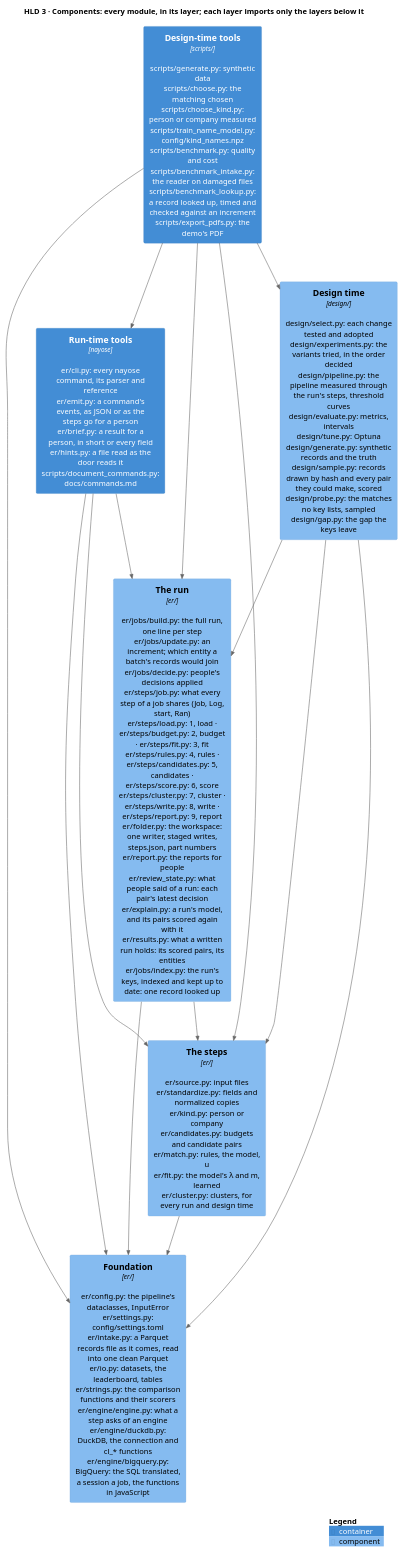
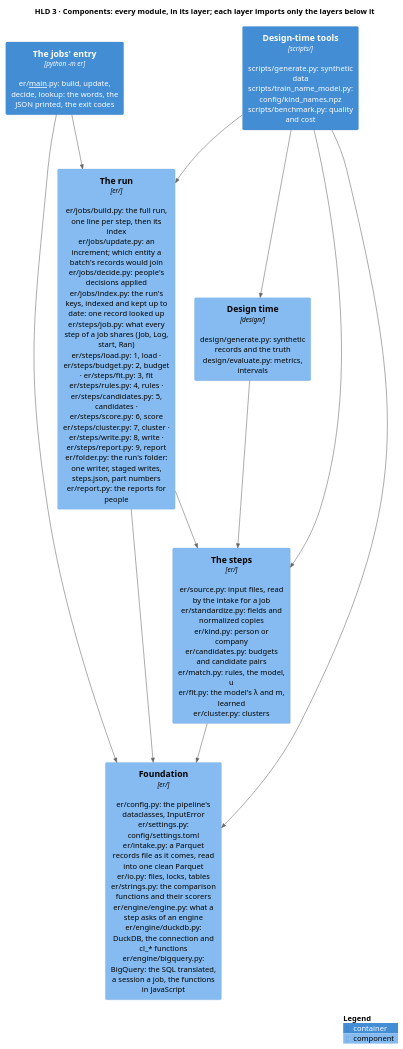
The diagram in docs/diagrams/components.puml (mvsbm/entity_matching), drawn with PlantUML before and after one commit. The commit also changed 122 other files, not shown here.

```diff
--- a/docs/diagrams/components.puml
+++ b/docs/diagrams/components.puml
@@ -1,31 +1,27 @@
 @startuml components
 !include <C4/C4_Component>
 LAYOUT_TOP_DOWN()
 HIDE_STEREOTYPE()
 title HLD 3 · Components: every module, in its layer; each layer imports only the layers below it
 
-Container(tools_run, "Run-time tools", "nayose", "er/cli.py: every nayose command, its parser and reference\ner/emit.py: a command's events, as JSON or as the steps go for a person\ner/brief.py: a result for a person, in short or every field\ner/hints.py: a file read as the door reads it\nscripts/document_commands.py: docs/commands.md")
-Container(tools_design, "Design-time tools", "scripts/", "scripts/generate.py: synthetic data\nscripts/choose.py: the matching chosen\nscripts/choose_kind.py: person or company measured\nscripts/train_name_model.py: config/kind_names.npz\nscripts/benchmark.py: quality and cost\nscripts/benchmark_intake.py: the reader on damaged files\nscripts/benchmark_lookup.py: a record looked up, timed and checked against an increment\nscripts/export_pdfs.py: the demo's PDF")
+Container(tools_run, "The jobs' entry", "python -m er", "er/__main__.py: build, update, decide, lookup: the words, the JSON printed, the exit codes")
+Container(tools_design, "Design-time tools", "scripts/", "scripts/generate.py: synthetic data\nscripts/train_name_model.py: config/kind_names.npz\nscripts/benchmark.py: quality and cost")
 
-Component(run, "The run", "er/", "er/jobs/build.py: the full run, one line per step\ner/jobs/update.py: an increment; which entity a batch's records would join\ner/jobs/decide.py: people's decisions applied\ner/steps/job.py: what every step of a job shares (Job, Log, start, Ran)\ner/steps/load.py: 1, load · er/steps/budget.py: 2, budget · er/steps/fit.py: 3, fit\ner/steps/rules.py: 4, rules · er/steps/candidates.py: 5, candidates · er/steps/score.py: 6, score\ner/steps/cluster.py: 7, cluster · er/steps/write.py: 8, write · er/steps/report.py: 9, report\ner/folder.py: the workspace: one writer, staged writes, steps.json, part numbers\ner/report.py: the reports for people\ner/review_state.py: what people said of a run: each pair's latest decision\ner/explain.py: a run's model, and its pairs scored again with it\ner/results.py: what a written run holds: its scored pairs, its entities\ner/jobs/index.py: the run's keys, indexed and kept up to date: one record looked up")
-Component(design, "Design time", "design/", "design/select.py: each change tested and adopted\ndesign/experiments.py: the variants tried, in the order decided\ndesign/pipeline.py: the pipeline measured through the run's steps, threshold curves\ndesign/evaluate.py: metrics, intervals\ndesign/tune.py: Optuna\ndesign/generate.py: synthetic records and the truth\ndesign/sample.py: records drawn by hash and every pair they could make, scored\ndesign/probe.py: the matches no key lists, sampled\ndesign/gap.py: the gap the keys leave")
-Component(steps, "The steps", "er/", "er/source.py: input files\ner/standardize.py: fields and normalized copies\ner/kind.py: person or company\ner/candidates.py: budgets and candidate pairs\ner/match.py: rules, the model, u\ner/fit.py: the model's λ and m, learned\ner/cluster.py: clusters, for every run and design time")
-Component(configuration, "Foundation", "er/", "er/config.py: the pipeline's dataclasses, InputError\ner/settings.py: config/settings.toml\ner/intake.py: a Parquet records file as it comes, read into one clean Parquet\ner/io.py: datasets, the leaderboard, tables\ner/strings.py: the comparison functions and their scorers\ner/engine/engine.py: what a step asks of an engine\ner/engine/duckdb.py: DuckDB, the connection and cl_* functions\ner/engine/bigquery.py: BigQuery: the SQL translated, a session a job, the functions in JavaScript")
+Component(run, "The run", "er/", "er/jobs/build.py: the full run, one line per step, then its index\ner/jobs/update.py: an increment; which entity a batch's records would join\ner/jobs/decide.py: people's decisions applied\ner/jobs/index.py: the run's keys, indexed and kept up to date: one record looked up\ner/steps/job.py: what every step of a job shares (Job, Log, start, Ran)\ner/steps/load.py: 1, load · er/steps/budget.py: 2, budget · er/steps/fit.py: 3, fit\ner/steps/rules.py: 4, rules · er/steps/candidates.py: 5, candidates · er/steps/score.py: 6, score\ner/steps/cluster.py: 7, cluster · er/steps/write.py: 8, write · er/steps/report.py: 9, report\ner/folder.py: the run's folder: one writer, staged writes, steps.json, part numbers\ner/report.py: the reports for people")
+Component(design, "Design time", "design/", "design/generate.py: synthetic records and the truth\ndesign/evaluate.py: metrics, intervals")
+Component(steps, "The steps", "er/", "er/source.py: input files, read by the intake for a job\ner/standardize.py: fields and normalized copies\ner/kind.py: person or company\ner/candidates.py: budgets and candidate pairs\ner/match.py: rules, the model, u\ner/fit.py: the model's λ and m, learned\ner/cluster.py: clusters")
+Component(configuration, "Foundation", "er/", "er/config.py: the pipeline's dataclasses, InputError\ner/settings.py: config/settings.toml\ner/intake.py: a Parquet records file as it comes, read into one clean Parquet\ner/io.py: files, locks, tables\ner/strings.py: the comparison functions and their scorers\ner/engine/engine.py: what a step asks of an engine\ner/engine/duckdb.py: DuckDB, the connection and cl_* functions\ner/engine/bigquery.py: BigQuery: the SQL translated, a session a job, the functions in JavaScript")
 
 Rel_D(tools_run, run, "")
-Rel_D(tools_run, steps, "")
 Rel_D(tools_run, configuration, "")
-Rel_D(tools_design, tools_run, "")
 Rel_D(tools_design, run, "")
 Rel_D(tools_design, design, "")
 Rel_D(tools_design, steps, "")
 Rel_D(tools_design, configuration, "")
 Rel_D(run, steps, "")
 Rel_D(run, configuration, "")
-Rel_D(design, run, "")
 Rel_D(design, steps, "")
-Rel_D(design, configuration, "")
 Rel_D(steps, configuration, "")
 
 SHOW_LEGEND()
 @enduml
```
